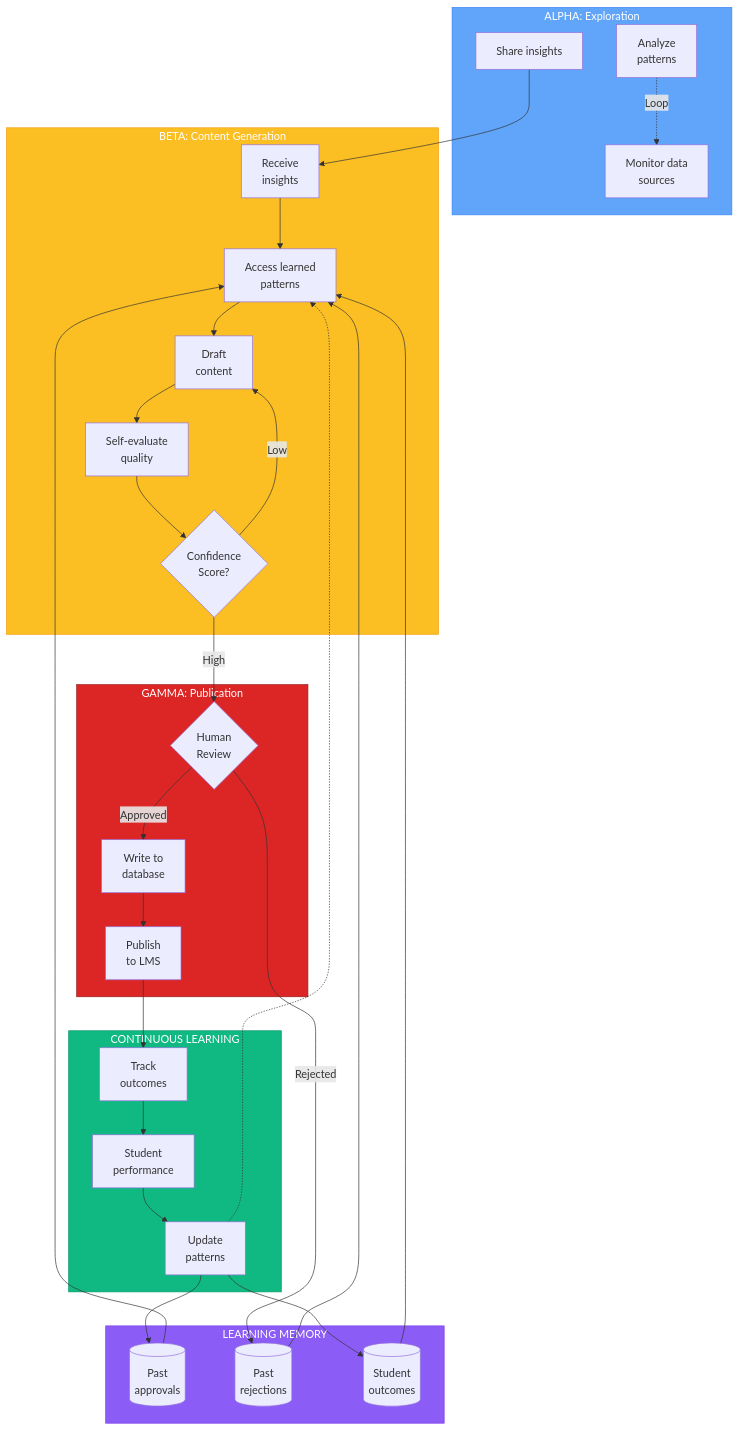
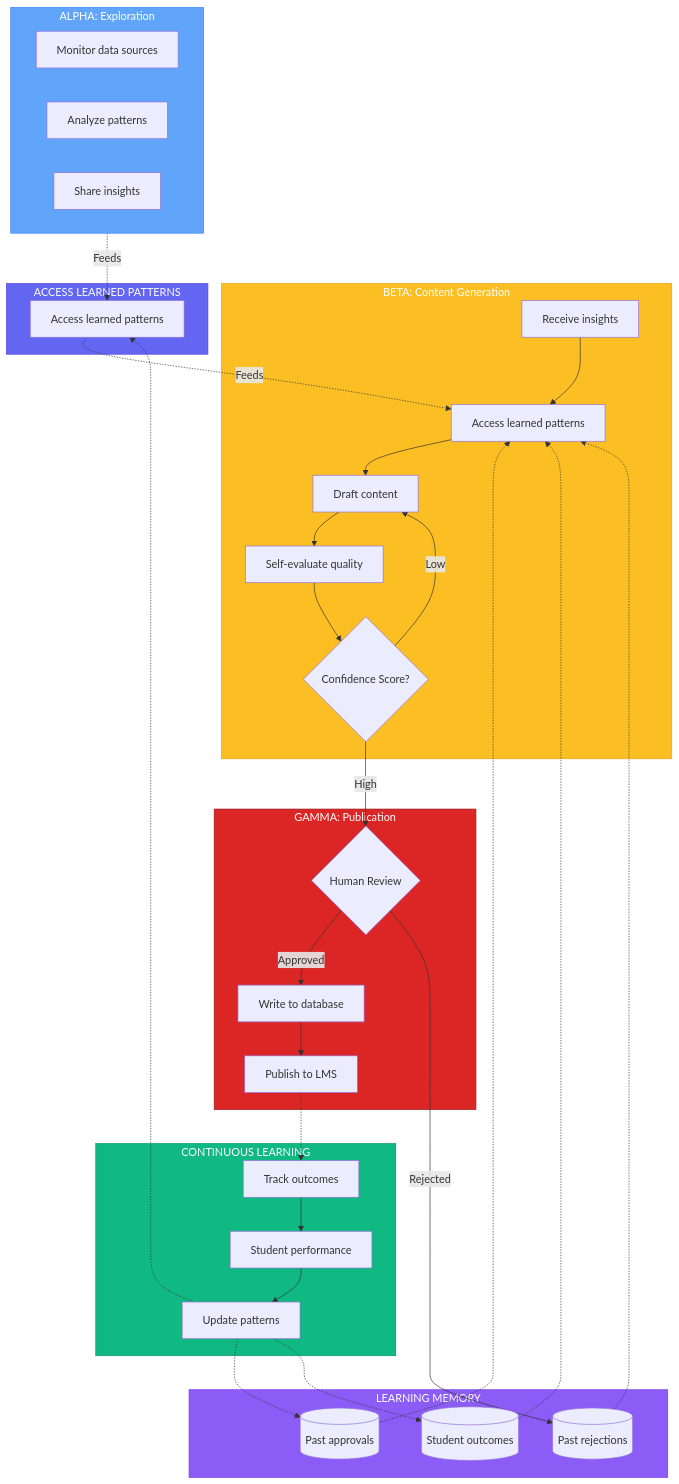
One commit to Lizo-RoadTown/Portfolio changed the second of 4 diagrams in demos/bronco-demo/architecture.md. Above: the diagram before and after it, drawn with Mermaid.

Commit message:
feat: arrange agent workflow diagram in a true circular layout with groups and central memory

````diff
--- a/demos/bronco-demo/architecture.md
+++ b/demos/bronco-demo/architecture.md
@@ -111,55 +111,66 @@
 ```mermaid
-flowchart TD
-    subgraph ALPHA["ALPHA: Exploration"]
-        A1[Monitor data<br/>sources]
-        A2[Analyze<br/>patterns]
-        A3[Share insights]
+flowchart TB
+    %% Node definitions (with explicit IDs for layout)
+    subgraph Alpha["ALPHA: Exploration"]
+        alpha1[Monitor data sources]
+        alpha2[Analyze patterns]
+        alpha3[Share insights]
     end
 
-    subgraph BETA["BETA: Content Generation"]
-        B1[Receive<br/>insights]
-        B2[Access learned<br/>patterns]
-        B3[Draft<br/>content]
-        B4[Self-evaluate<br/>quality]
-        B5{Confidence<br/>Score?}
+    subgraph Beta["BETA: Content Generation"]
+        beta1[Receive insights]
+        beta2[Access learned patterns]
+        beta3[Draft content]
+        beta4[Self-evaluate quality]
+        beta5{Confidence Score?}
     end
 
-    subgraph GAMMA["GAMMA: Publication"]
-        G1{Human<br/>Review}
-        G2[Write to<br/>database]
-        G3[Publish<br/>to LMS]
+    subgraph Gamma["GAMMA: Publication"]
+        gamma1{Human Review}
+        gamma2[Write to database]
+        gamma3[Publish to LMS]
     end
 
-    subgraph LEARNING["LEARNING MEMORY"]
-        L1[(Past<br/>approvals)]
-        L2[(Past<br/>rejections)]
-        L3[(Student<br/>outcomes)]
+    subgraph Feedback["CONTINUOUS LEARNING"]
+        feedback1[Track outcomes]
+        feedback2[Student performance]
+        feedback3[Update patterns]
     end
 
-    subgraph FEEDBACK["CONTINUOUS LEARNING"]
-        F1[Track<br/>outcomes]
-        F2[Student<br/>performance]
-        F3[Update<br/>patterns]
+    subgraph Access["ACCESS LEARNED PATTERNS"]
+        access1[Access learned patterns]
     end
 
-    %% Circular flow
-    A3 --> B1
-    L1 --> B2
-    L2 --> B2
-    L3 --> B2
-    B1 --> B2 --> B3 --> B4 --> B5
-    B5 -- High --> G1
-    B5 -- Low --> B3
-    G1 -- Approved --> G2 --> G3 --> F1 --> F2 --> F3 --> L1
-    G1 -- Rejected --> L2
-    F3 --> L3
-    F3 -.-> B2
-    A2 -.->|Loop| A1
+    subgraph Memory["LEARNING MEMORY"]
+        memory1[(Past approvals)]
+        memory2[(Past rejections)]
+        memory3[(Student outcomes)]
+    end
 
-    %% Style (preserved from original)
-    style ALPHA fill:#60a5fa,stroke:#3b82f6,color:#fff
-    style BETA fill:#fbbf24,stroke:#f59e0b,color:#fff
-    style LEARNING fill:#8b5cf6,stroke:#7c3aed,color:#fff
-    style GAMMA fill:#dc2626,stroke:#991b1b,color:#fff
-    style FEEDBACK fill:#10b981,stroke:#059669,color:#fff
+    %% Layout hints for circle
+    Alpha -.->|Feeds| access1
+    access1 -.->|Feeds| beta2
+    beta1 --> beta2 --> beta3 --> beta4 --> beta5
+    beta5 -- High --> gamma1
+    beta5 -- Low --> beta3
+    gamma1 -- Approved --> gamma2 --> gamma3 -.-> feedback1
+    gamma1 -- Rejected --> memory2
+    feedback1 --> feedback2 --> feedback3 -.-> memory1
+    feedback3 -.-> memory3
+    memory1 -.-> beta2
+    memory2 -.-> beta2
+    memory3 -.-> beta2
+    feedback3 -.-> access1
+
+    %% Positioning (pseudo-circular)
+    %% Beta at top, Gamma right, Feedback bottom, Alpha left, Access left-center, Memory center
+    %% (Mermaid does not support absolute positioning, but this order helps)
+
+    %% Style
+    style Alpha fill:#60a5fa,stroke:#3b82f6,color:#fff
+    style Beta fill:#fbbf24,stroke:#f59e0b,color:#fff
+    style Gamma fill:#dc2626,stroke:#991b1b,color:#fff
+    style Feedback fill:#10b981,stroke:#059669,color:#fff
+    style Access fill:#6366f1,stroke:#4f46e5,color:#fff
+    style Memory fill:#8b5cf6,stroke:#7c3aed,color:#fff
 ```
````
